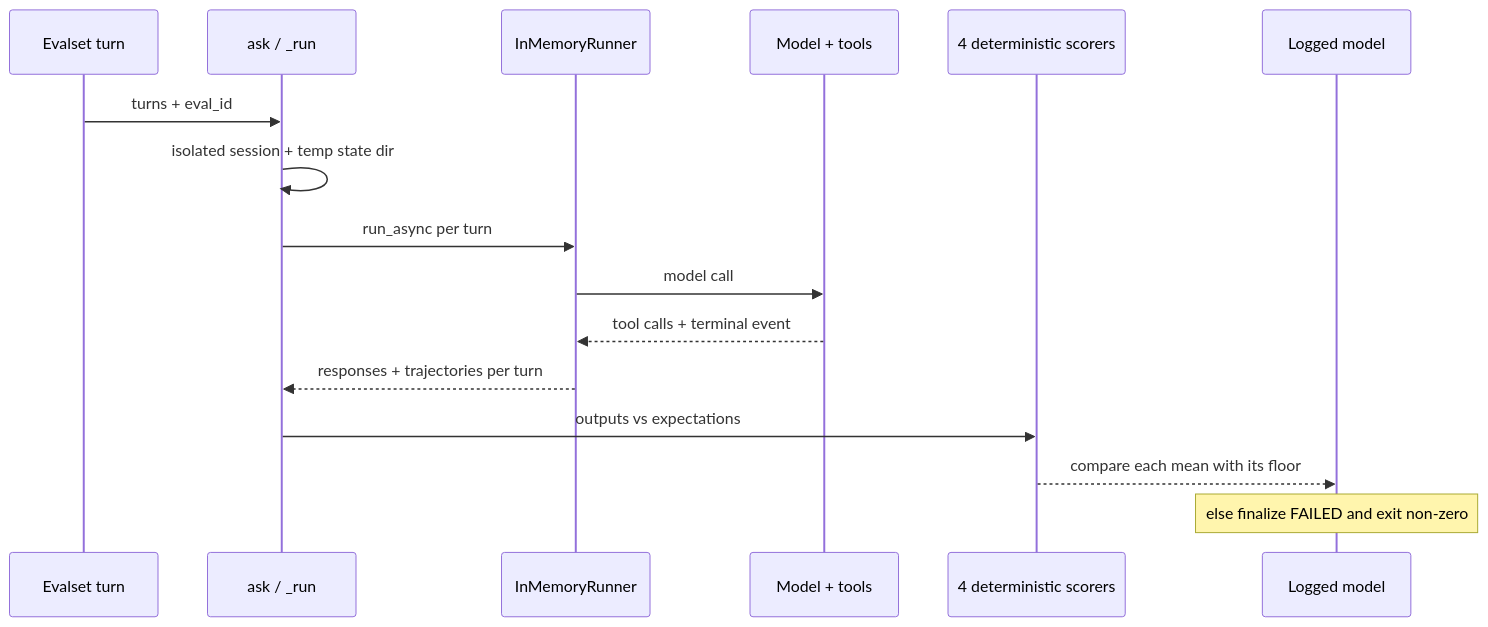
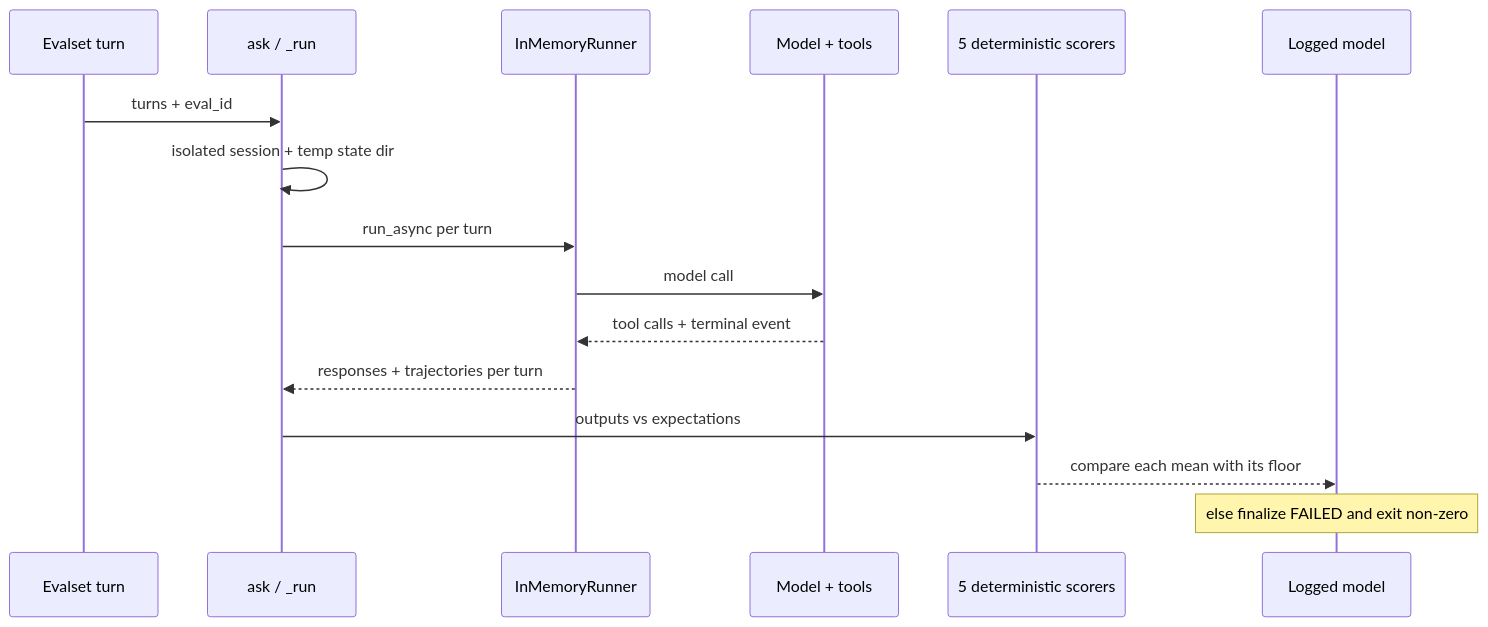
The second of 4 diagrams in docs/4. Quality/4.4. Evaluations.md (LuiGGi629/agentops-open-course), drawn with Mermaid before and after one commit. The commit also changed other lines of this file and 24 other files, not shown here.

````diff
--- a/docs/4. Quality/4.4. Evaluations.md
+++ b/docs/4. Quality/4.4. Evaluations.md
@@ -297,18 +305,18 @@
 ```mermaid
 sequenceDiagram
     participant Row as Evalset turn
     participant Ask as ask / _run
     participant Runner as InMemoryRunner
     participant Model as Model + tools
-    participant Scorers as 4 deterministic scorers
+    participant Scorers as 5 deterministic scorers
     participant Logged as Logged model
     Row->>Ask: turns + eval_id
     Ask->>Ask: isolated session + temp state dir
     Ask->>Runner: run_async per turn
     Runner->>Model: model call
     Model-->>Runner: tool calls + terminal event
     Runner-->>Ask: responses + trajectories per turn
     Ask->>Scorers: outputs vs expectations
     Scorers-->>Logged: compare each mean with its floor
     Note over Logged: else finalize FAILED and exit non-zero
 ```
````
